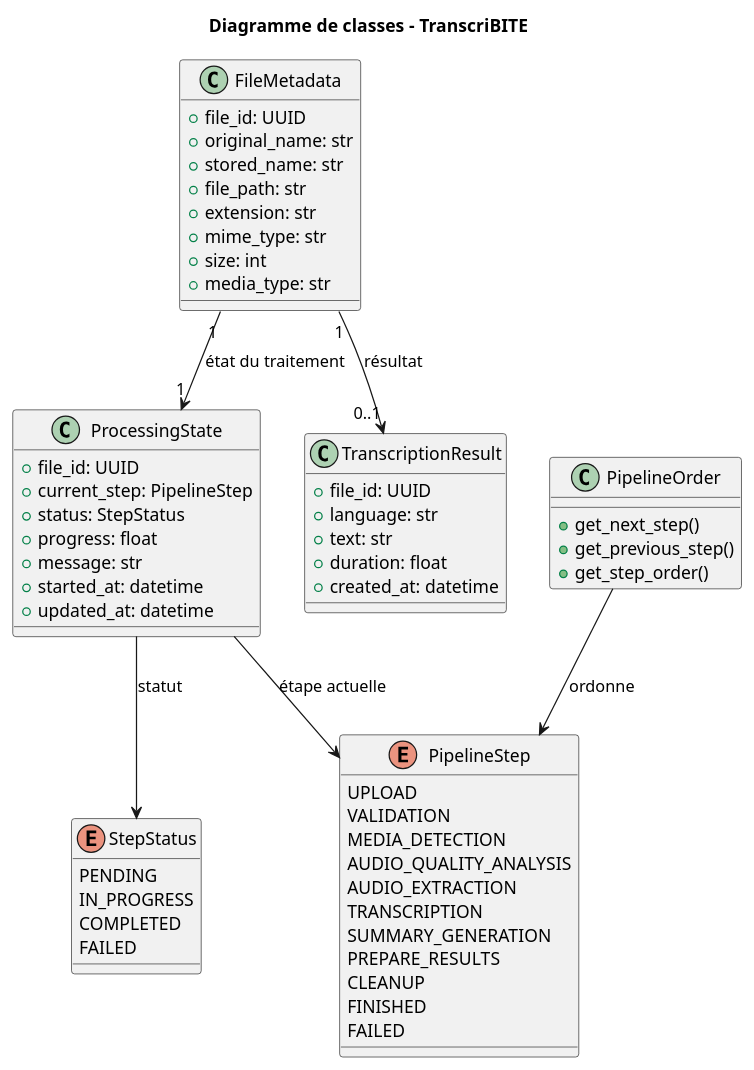
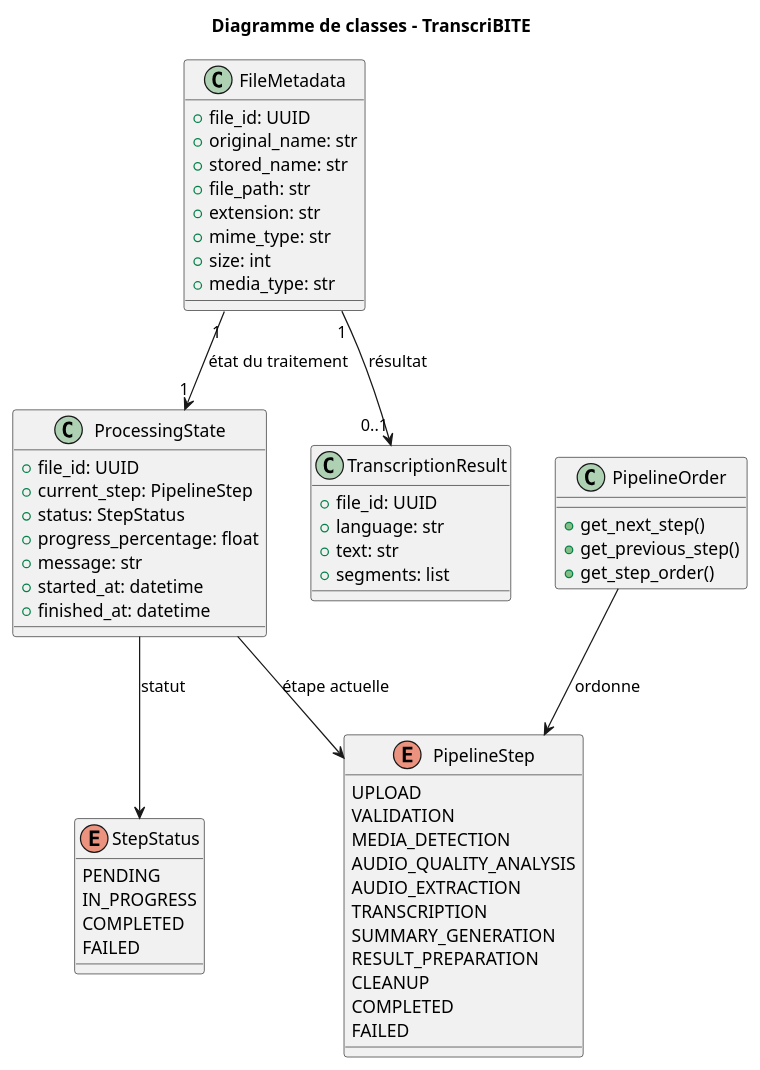
Before and after one commit to ilyas5555359/TranscriBITE: the diagram in docs/uml/class_diagram.puml, drawn with PlantUML. The commit also changed 62 other files, not shown here.

```diff
--- a/docs/uml/class_diagram.puml
+++ b/docs/uml/class_diagram.puml
@@ -1,68 +1,67 @@
 @startuml
 title Diagramme de classes - TranscriBITE
 
 class FileMetadata {
     +file_id: UUID
     +original_name: str
     +stored_name: str
     +file_path: str
     +extension: str
     +mime_type: str
     +size: int
     +media_type: str
 }
 
 class ProcessingState {
     +file_id: UUID
     +current_step: PipelineStep
     +status: StepStatus
-    +progress: float
+    +progress_percentage: float
     +message: str
     +started_at: datetime
-    +updated_at: datetime
+    +finished_at: datetime
 }
 
 class TranscriptionResult {
     +file_id: UUID
     +language: str
     +text: str
-    +duration: float
-    +created_at: datetime
+    +segments: list
 }
 
 enum PipelineStep {
     UPLOAD
     VALIDATION
     MEDIA_DETECTION
     AUDIO_QUALITY_ANALYSIS
     AUDIO_EXTRACTION
     TRANSCRIPTION
     SUMMARY_GENERATION
-    PREPARE_RESULTS
+    RESULT_PREPARATION
     CLEANUP
-    FINISHED
+    COMPLETED
     FAILED
 }
 
 enum StepStatus {
     PENDING
     IN_PROGRESS
     COMPLETED
     FAILED
 }
 
 class PipelineOrder {
     +get_next_step()
     +get_previous_step()
     +get_step_order()
 }
 
 FileMetadata "1" --> "1" ProcessingState : état du traitement
 ProcessingState --> PipelineStep : étape actuelle
 ProcessingState --> StepStatus : statut
 
 FileMetadata "1" --> "0..1" TranscriptionResult : résultat
 
 PipelineOrder --> PipelineStep : ordonne
 
 @enduml
```
